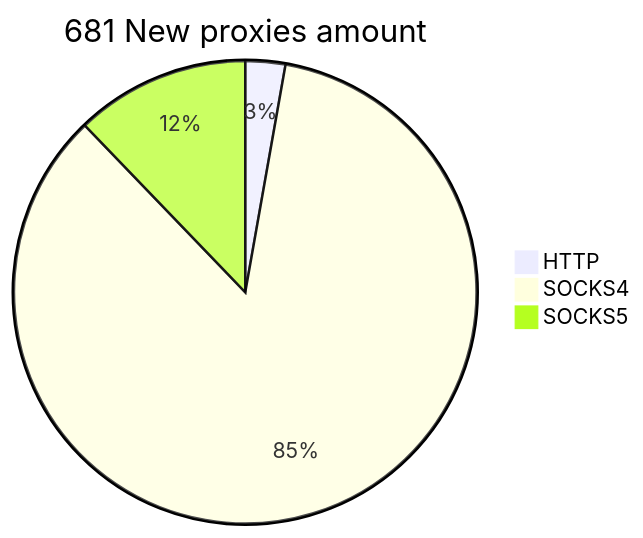
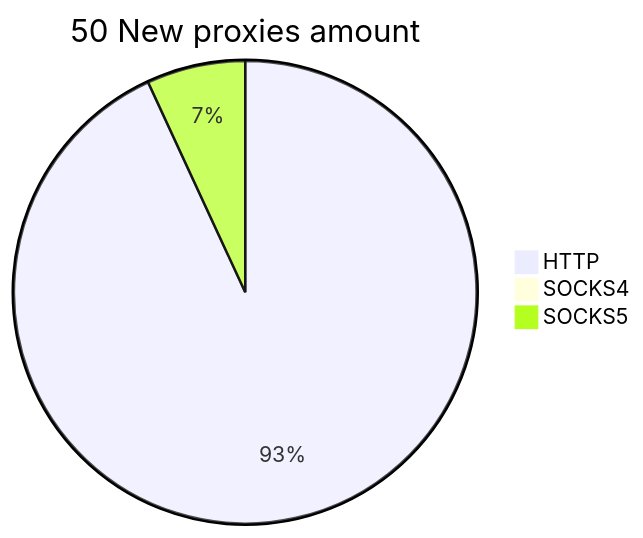
Before and after one commit to cutipu/proxylist: the second of 2 diagrams in README.md, drawn with Mermaid. The commit also changed other lines of this file, not shown here.

````diff
--- a/README.md
+++ b/README.md
@@ -10,6 +10,6 @@
 ```mermaid
-pie title 681 New proxies amount
-    "HTTP" : 19
-    "SOCKS4" : 579
-    "SOCKS5" : 83
+pie title 50 New proxies amount
+    "HTTP" : 54
+    "SOCKS4" : 0
+    "SOCKS5" : 4
 ```
````
